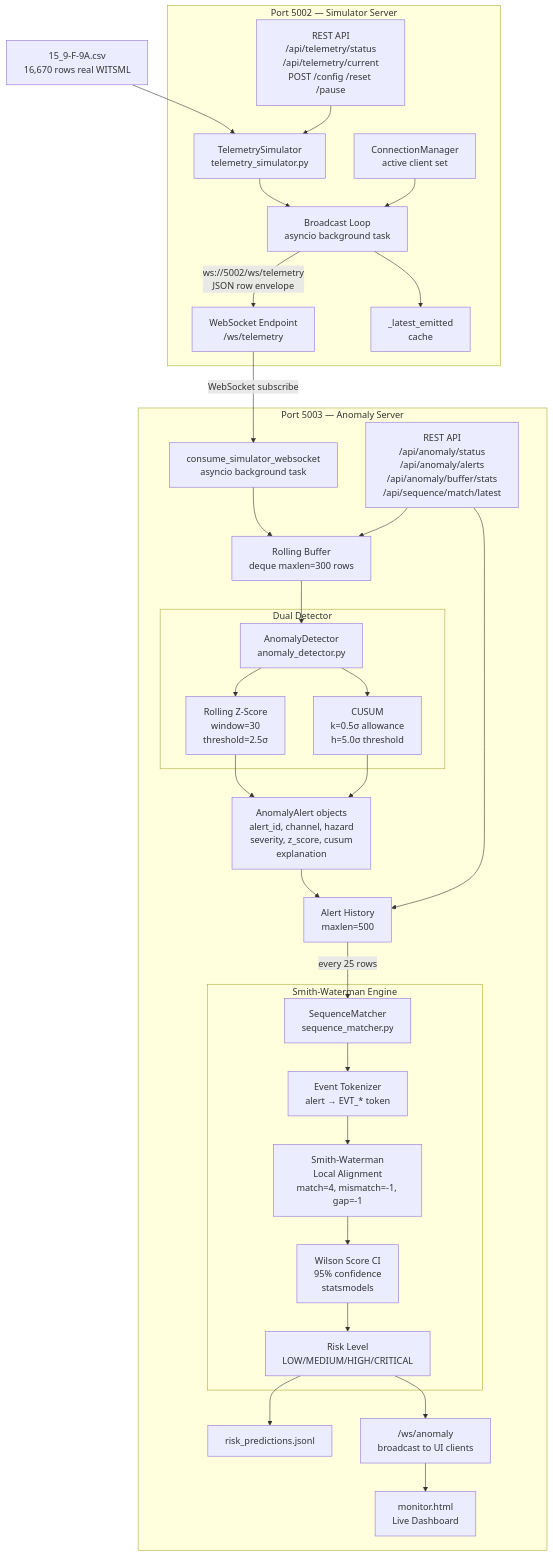
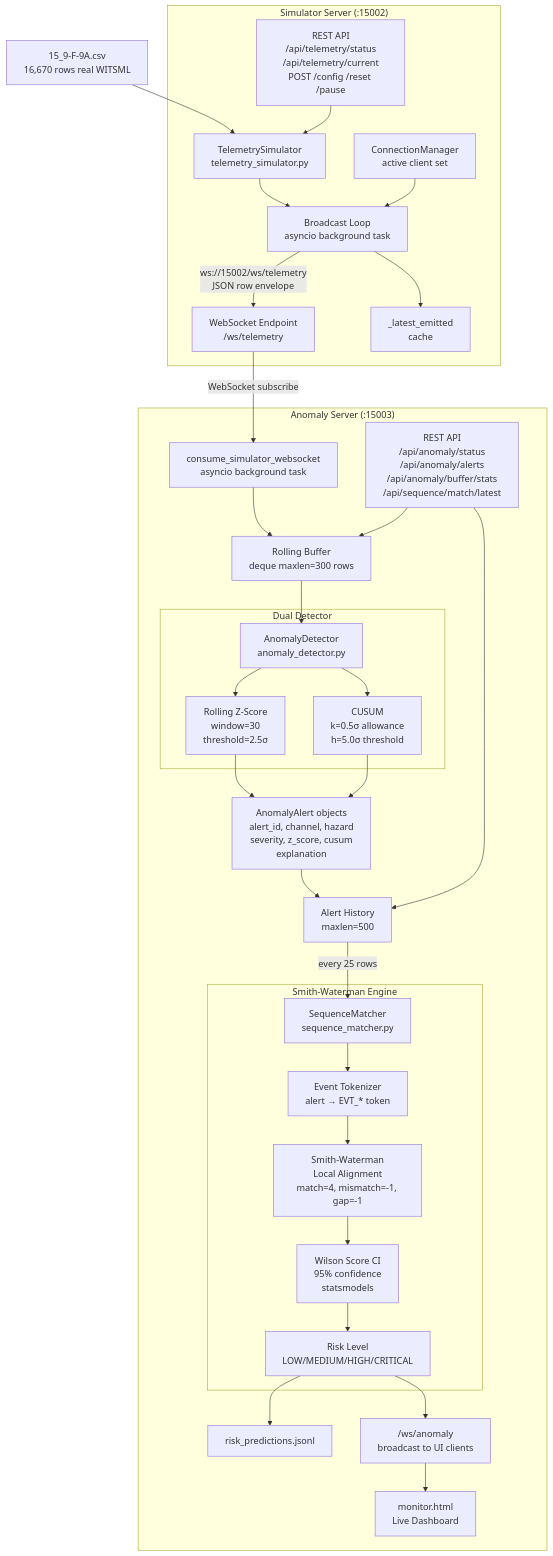
The sixth of 14 diagrams in ARCHITECTURE.md (n3ssdub3y/SIH_2026_PLANNS), drawn with Mermaid before and after one commit. The commit also changed other lines of this file and 35 other files, not shown here.

````diff
--- a/ARCHITECTURE.md
+++ b/ARCHITECTURE.md
@@ -357,40 +358,40 @@
 ```mermaid
 graph TD
     CSV["15_9-F-9A.csv\n16,670 rows real WITSML"] --> TS["TelemetrySimulator\ntelemetry_simulator.py"]
 
-    subgraph "Port 5002 — Simulator Server"
+    subgraph "Simulator Server (:15002)"
         TS --> BL["Broadcast Loop\nasyncio background task"]
-        BL -->|"ws://5002/ws/telemetry\nJSON row envelope"| WS_SIM["WebSocket Endpoint\n/ws/telemetry"]
+        BL -->|"ws://15002/ws/telemetry\nJSON row envelope"| WS_SIM["WebSocket Endpoint\n/ws/telemetry"]
         BL --> LATEST["_latest_emitted\ncache"]
         CM["ConnectionManager\nactive client set"] --> BL
         REST_SIM["REST API\n/api/telemetry/status\n/api/telemetry/current\nPOST /config /reset /pause"] --> TS
     end
 
     WS_SIM -->|"WebSocket subscribe"| CONSUMER["consume_simulator_websocket\nasyncio background task"]
 
-    subgraph "Port 5003 — Anomaly Server"
+    subgraph "Anomaly Server (:15003)"
         CONSUMER --> BUFF["Rolling Buffer\ndeque maxlen=300 rows"]
         BUFF --> AD["AnomalyDetector\nanomaly_detector.py"]
 
         subgraph "Dual Detector"
             AD --> ZS["Rolling Z-Score\nwindow=30\nthreshold=2.5σ"]
             AD --> CU["CUSUM\nk=0.5σ allowance\nh=5.0σ threshold"]
         end
 
         ZS & CU --> ALERTS["AnomalyAlert objects\nalert_id, channel, hazard\nseverity, z_score, cusum\nexplanation"]
         ALERTS --> AH["Alert History\nmaxlen=500"]
         AH -->|"every 25 rows"| SM["SequenceMatcher\nsequence_matcher.py"]
 
         subgraph "Smith-Waterman Engine"
             SM --> TOK["Event Tokenizer\nalert → EVT_* token"]
             TOK --> SW["Smith-Waterman\nLocal Alignment\nmatch=4, mismatch=-1, gap=-1"]
             SW --> WCI["Wilson Score CI\n95% confidence\nstatsmodels"]
             WCI --> RISK["Risk Level\nLOW/MEDIUM/HIGH/CRITICAL"]
         end
 
         RISK --> OUT["risk_predictions.jsonl"]
         RISK --> WS_ANO["/ws/anomaly\nbroadcast to UI clients"]
         WS_ANO --> UI["monitor.html\nLive Dashboard"]
         REST_ANO["REST API\n/api/anomaly/status\n/api/anomaly/alerts\n/api/anomaly/buffer/stats\n/api/sequence/match/latest"] --> AH & BUFF
     end
 ```
````
